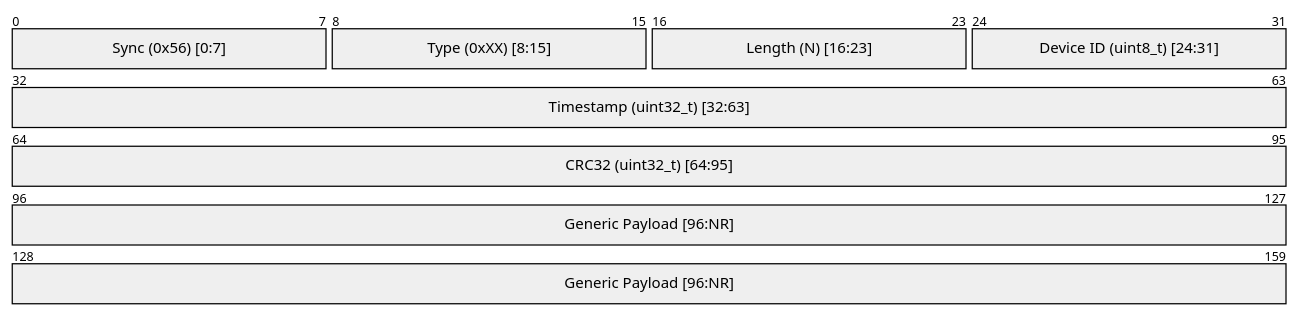
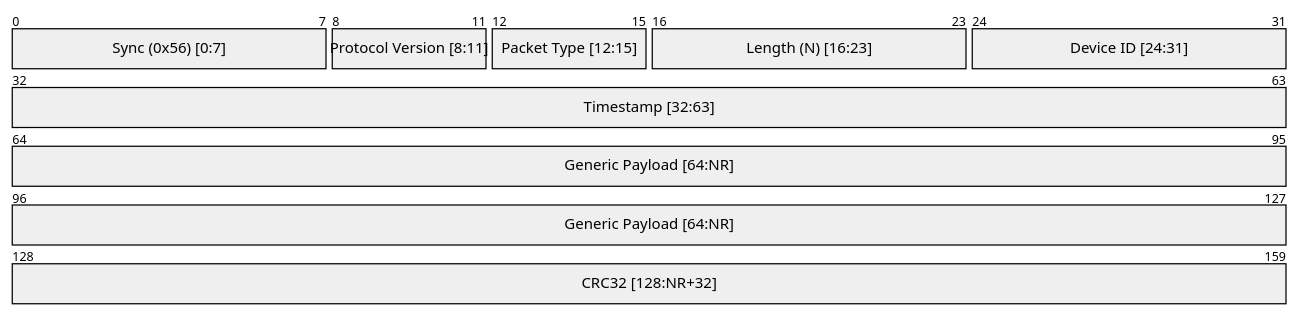
Before and after one commit to ragnar-vallhala/vayu: the diagram in docs/mmd/telemetry_packet.mmd, drawn with Mermaid. The commit also changed 6 other files, not shown here.

Commit message:
feat: Introduce initial project README and telemetry documentation for heartbeat and IMU data, update the generic packet structure, and refine `.gitignore`.

```diff
--- a/docs/mmd/telemetry_packet.mmd
+++ b/docs/mmd/telemetry_packet.mmd
@@ -1,8 +1,9 @@
 packet-beta
 0-7: "Sync (0x56) [0:7]"
-8-15: "Type (0xXX) [8:15]"
+8-11: "Protocol Version [8:11]"
+12-15: "Packet Type [12:15]"
 16-23: "Length (N) [16:23]"
-24-31: "Device ID (uint8_t) [24:31]"
-32-63: "Timestamp (uint32_t) [32:63]"
-64-95: "CRC32 (uint32_t) [64:95]"
-96-159: "Generic Payload [96:NR]"
+24-31: "Device ID [24:31]"
+32-63: "Timestamp [32:63]"
+64-127: "Generic Payload [64:NR]"
+128-159: "CRC32 [128:NR+32]"
```
